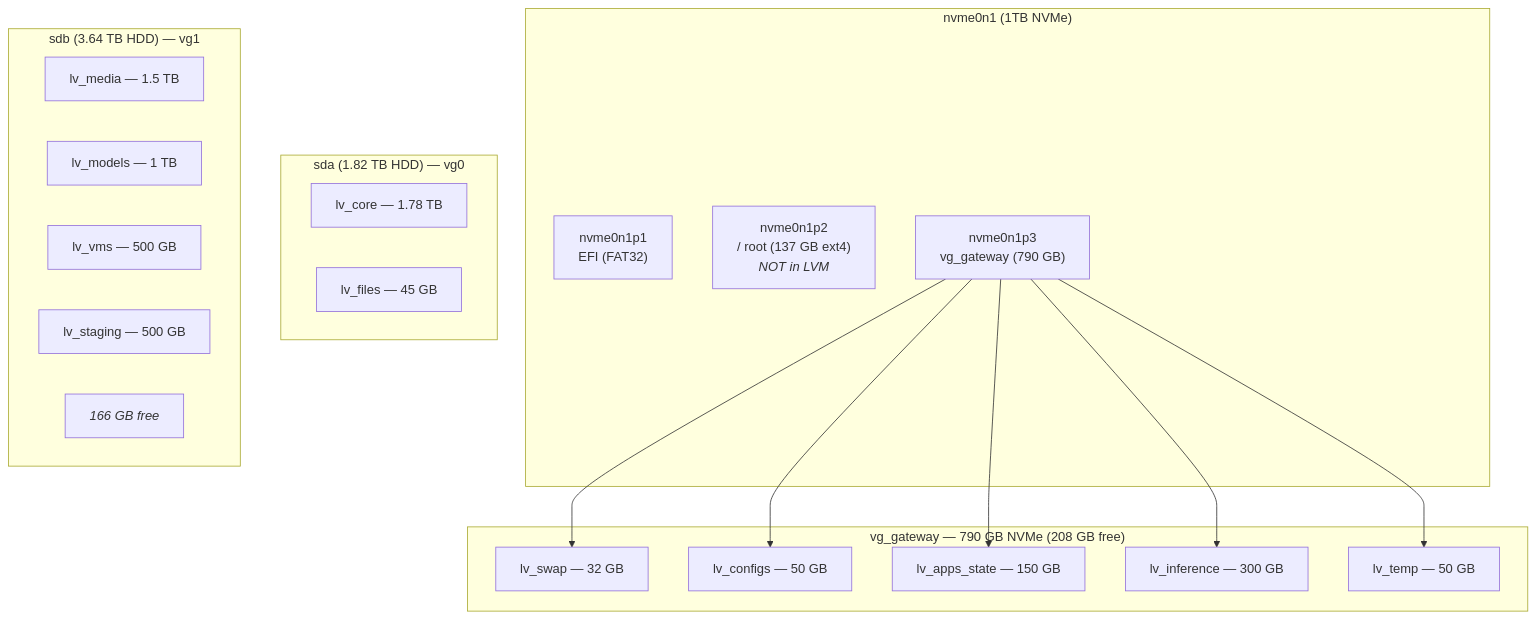
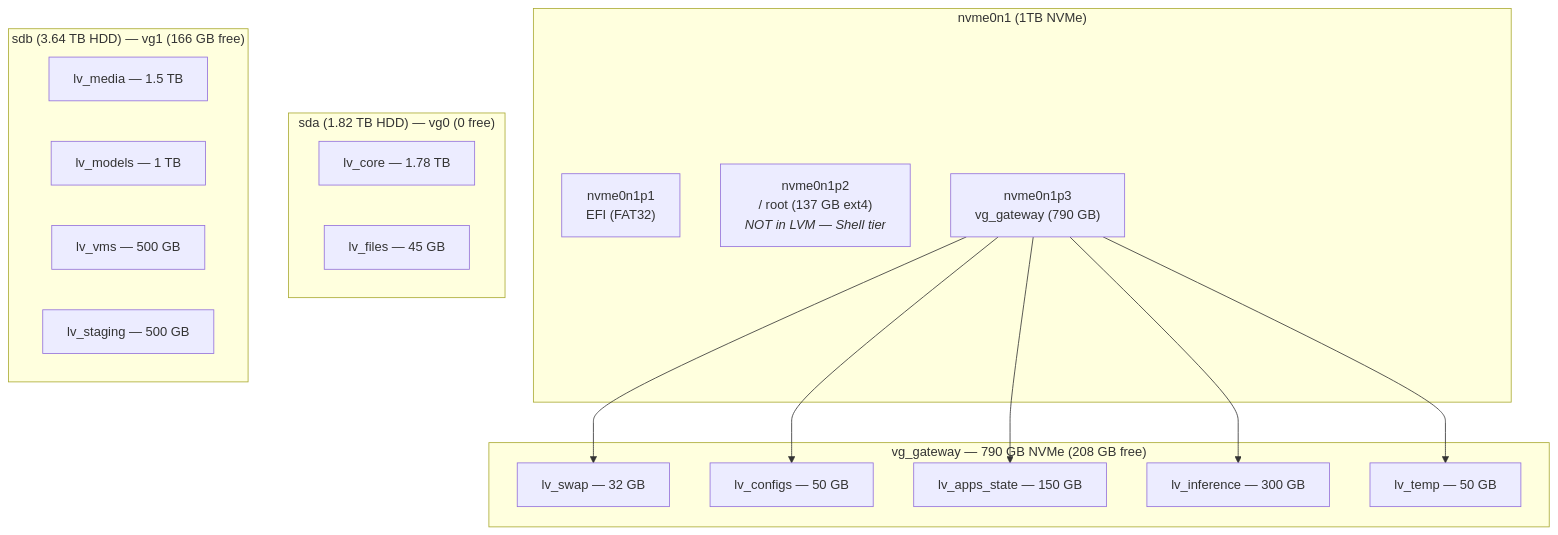
Before and after one commit to AmeerJ97/project-host: the diagram in docs/reference/storage.md, drawn with Mermaid. The commit also changed other lines of this file and 23 other files, not shown here.

````diff
--- a/docs/reference/storage.md
+++ b/docs/reference/storage.md
@@ -7,35 +7,34 @@
 ```mermaid
 graph TD
     subgraph "nvme0n1 (1TB NVMe)"
         P1["nvme0n1p1<br/>EFI (FAT32)"]
-        P2["nvme0n1p2<br/>/ root (137 GB ext4)<br/><i>NOT in LVM</i>"]
+        P2["nvme0n1p2<br/>/ root (137 GB ext4)<br/><i>NOT in LVM — Shell tier</i>"]
         P3["nvme0n1p3<br/>vg_gateway (790 GB)"]
     end
 
     subgraph "vg_gateway — 790 GB NVMe (208 GB free)"
         LVS["lv_swap — 32 GB"]
         LVC["lv_configs — 50 GB"]
         LVA["lv_apps_state — 150 GB"]
         LVI["lv_inference — 300 GB"]
         LVT["lv_temp — 50 GB"]
     end
 
-    subgraph "sda (1.82 TB HDD) — vg0"
+    subgraph "sda (1.82 TB HDD) — vg0 (0 free)"
         LV0C["lv_core — 1.78 TB"]
         LV0F["lv_files — 45 GB"]
     end
 
-    subgraph "sdb (3.64 TB HDD) — vg1"
+    subgraph "sdb (3.64 TB HDD) — vg1 (166 GB free)"
         LV1MED["lv_media — 1.5 TB"]
         LV1MOD["lv_models — 1 TB"]
         LV1VM["lv_vms — 500 GB"]
         LV1STG["lv_staging — 500 GB"]
-        LV1FREE["<i>166 GB free</i>"]
     end
 
     P3 --> LVS
     P3 --> LVC
     P3 --> LVA
     P3 --> LVI
     P3 --> LVT
 ```
````
